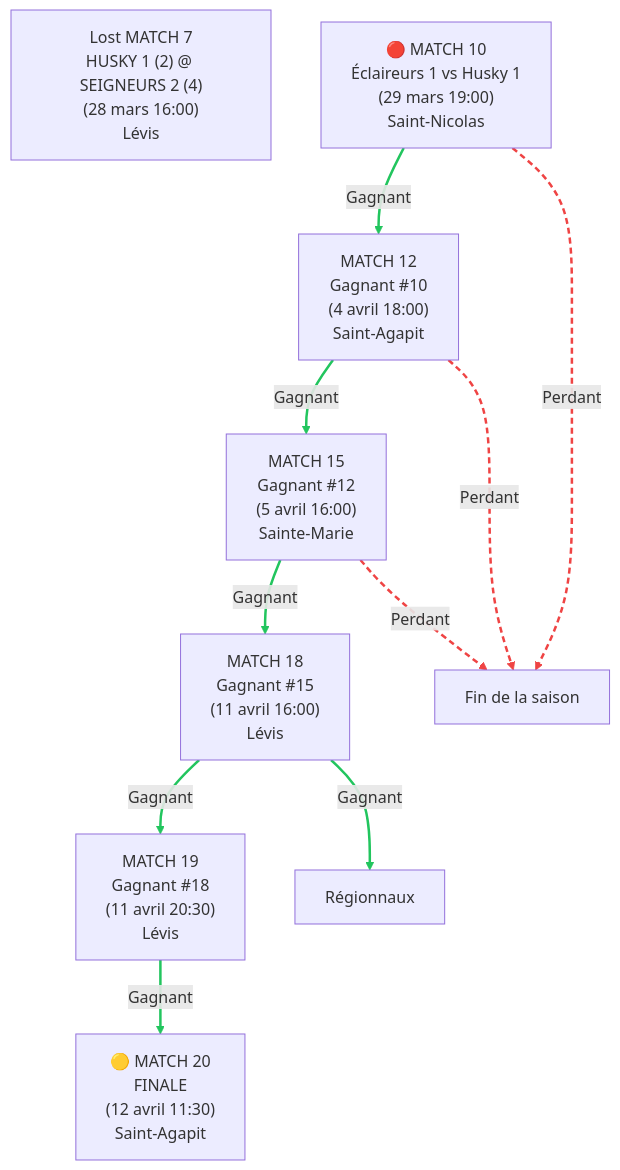
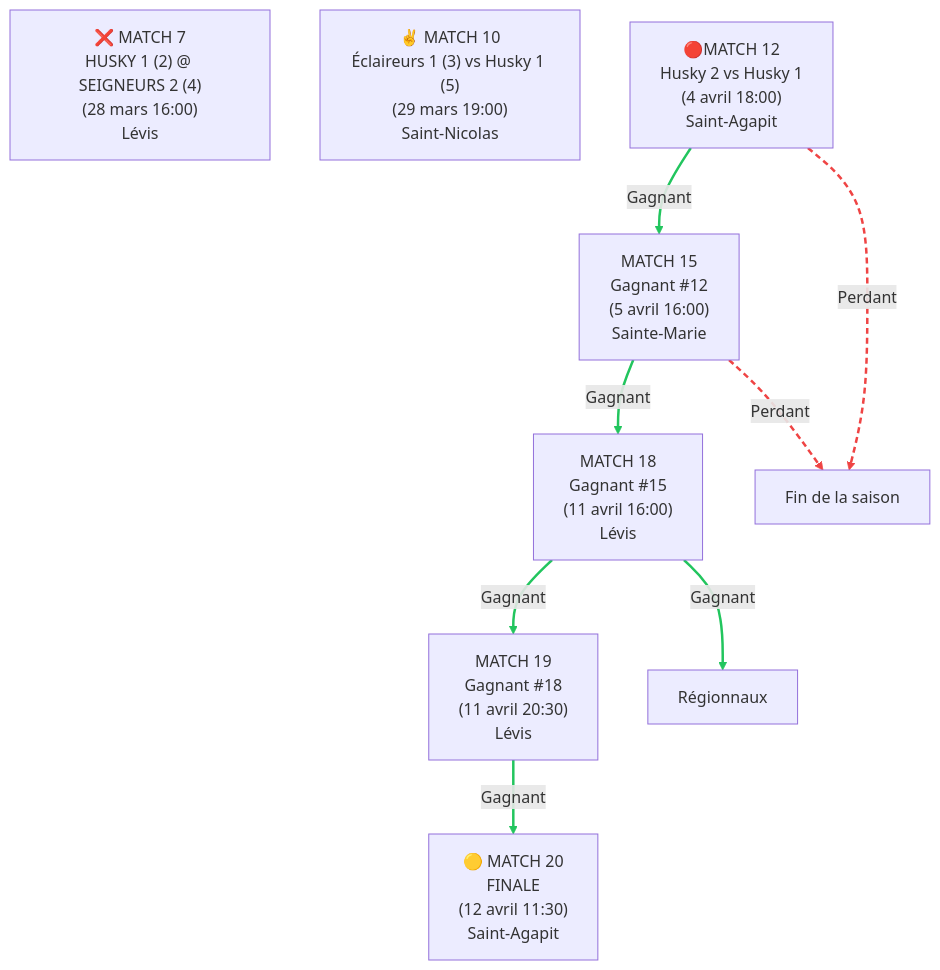
The diagram in Gabriel.md (voltogyre/horaire-serie-2026), drawn with Mermaid before and after one commit.

Commit message:
update gab

````diff
--- a/Gabriel.md
+++ b/Gabriel.md
@@ -7,20 +7,19 @@
 ```mermaid
 graph TD
-    M21C07["Lost MATCH 7<br/>HUSKY 1 (2) @ SEIGNEURS 2 (4)<br/>(28 mars 16:00)<br/>Lévis"] 
-    M21C10["🔴 MATCH 10<br/>Éclaireurs 1 vs Husky 1<br/>(29 mars 19:00)<br/>Saint-Nicolas"]
-    M21C10 -->|Gagnant| M21C12["MATCH 12<br/>Gagnant #10<br/>(4 avril 18:00)<br/>Saint-Agapit"]
+    M21C07["❌ MATCH 7<br/>HUSKY 1 (2) @ SEIGNEURS 2 (4)<br/>(28 mars 16:00)<br/>Lévis"] 
+    M21C10["✌️ MATCH 10<br/>Éclaireurs 1 (3) vs Husky 1 (5)<br/>(29 mars 19:00)<br/>Saint-Nicolas"]
+    M21C12["🔴MATCH 12<br/>Husky 2 vs Husky 1<br/>(4 avril 18:00)<br/>Saint-Agapit"]
     M21C12 -->|Gagnant| M21C15["MATCH 15<br/>Gagnant #12<br/>(5 avril 16:00)<br/>Sainte-Marie"]
     M21C15 -->|Gagnant| M21C18["MATCH 18<br/>Gagnant #15<br/>(11 avril 16:00)<br/>Lévis"]
     M21C18 -->|Gagnant| M21C19["MATCH 19<br/>Gagnant #18<br/>(11 avril 20:30)<br/>Lévis"]
     M21C19 -->|Gagnant| M21C20["🟡 MATCH 20<br/>FINALE<br/>(12 avril 11:30)<br/>Saint-Agapit"]
     M21C18 -->|Gagnant| L["Régionnaux"]
-    M21C10 -->|Perdant| K["Fin de la saison"]
     M21C12 -->|Perdant| K["Fin de la saison"]
     M21C15 -->|Perdant| K["Fin de la saison"]
     
 
-    linkStyle 0,1,2,3,4,5 stroke:#22c55e,stroke-width:2.5px
-    linkStyle 6,7,8 stroke:#ef4444,stroke-width:2.5px,stroke-dasharray:6 4
+    linkStyle 0,1,2,3,4 stroke:#22c55e,stroke-width:2.5px
+    linkStyle 5,6 stroke:#ef4444,stroke-width:2.5px,stroke-dasharray:6 4
     
 
 ```
````
